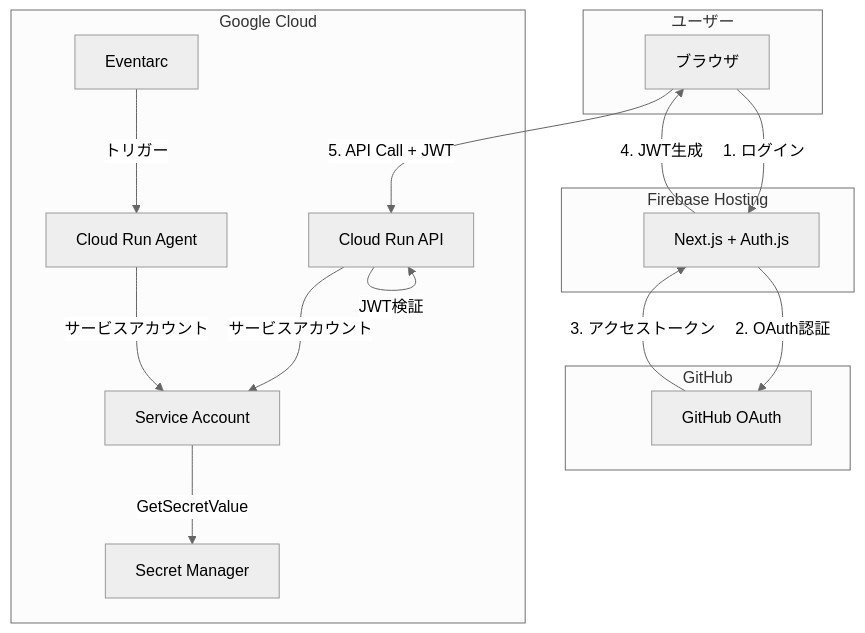
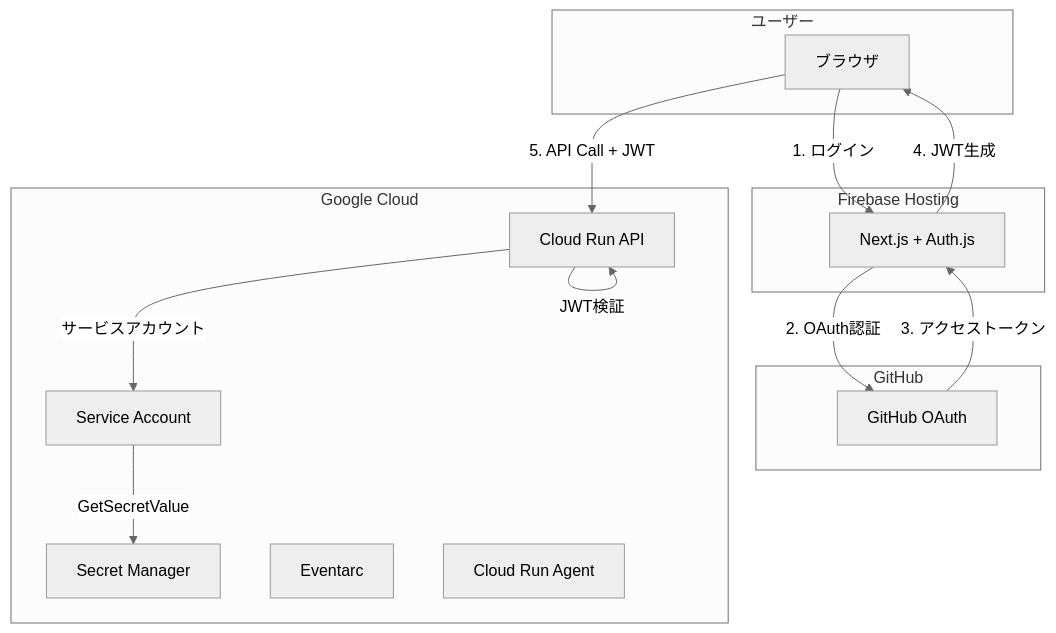
Before and after one commit to nuance-sudo/drawing-practice-agent-gch4: the third of 3 diagrams in docs/architecture.md, drawn with Mermaid (neutral theme). The commit also changed other lines of this file and 3 other files, not shown here.

````diff
--- a/docs/architecture.md
+++ b/docs/architecture.md
@@ -226,33 +226,31 @@
 ```mermaid
 flowchart TB
     subgraph User["ユーザー"]
         A[ブラウザ]
     end
 
     subgraph GitHub["GitHub"]
         H[GitHub OAuth]
     end
 
     subgraph Firebase["Firebase Hosting"]
         B[Next.js + Auth.js]
     end
 
     subgraph GCP["Google Cloud"]
         C[Cloud Run API]
         D[Secret Manager]
         E[Service Account]
         F[Eventarc]
         G[Cloud Run Agent]
     end
 
     A -->|1. ログイン| B
     B -->|2. OAuth認証| H
     H -->|3. アクセストークン| B
     B -->|4. JWT生成| A
     A -->|5. API Call + JWT| C
     C -->|JWT検証| C
     C -->|サービスアカウント| E
     E -->|GetSecretValue| D
-    F -->|トリガー| G
-    G -->|サービスアカウント| E
 ```
````
